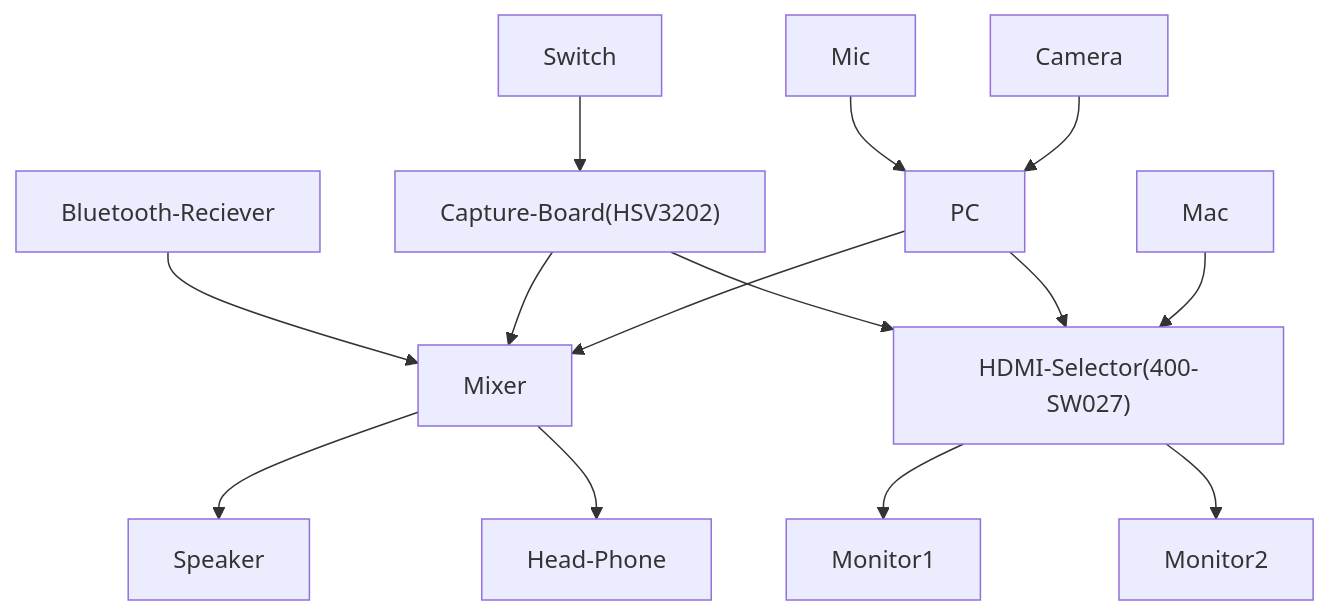
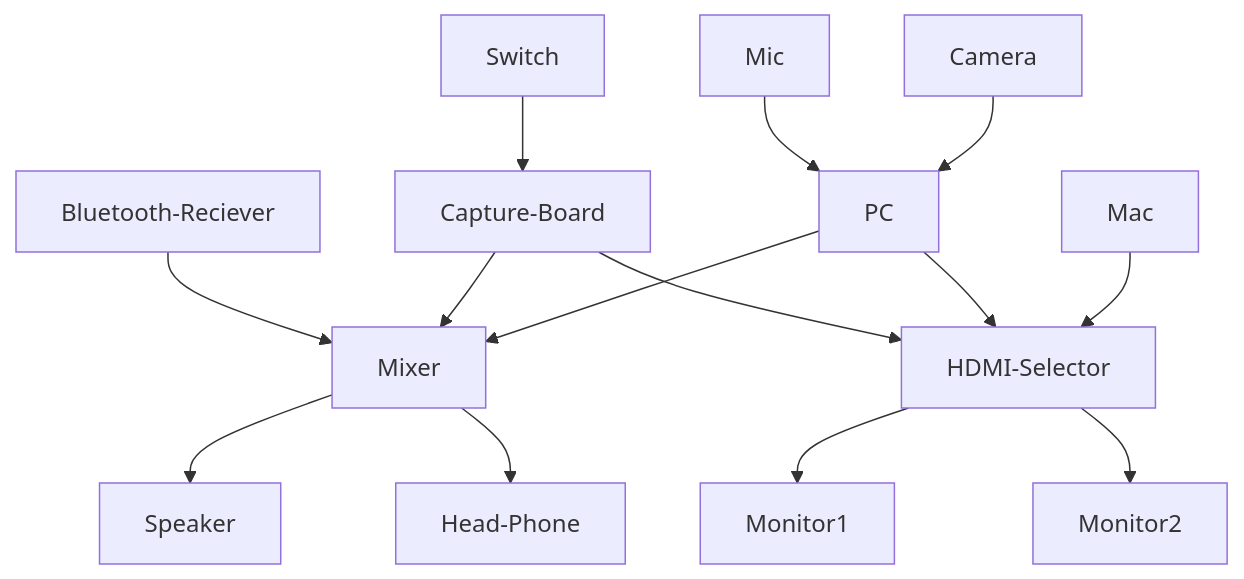
One commit to kr1223/pc changed the diagram in README.md. Above: the diagram before and after it, drawn with Mermaid.

````diff
--- a/README.md
+++ b/README.md
@@ -1,19 +1,23 @@
 ```mermaid
 graph TD;
-    CB["Capture-Board(HSV3202)"]
-    HS["HDMI-Selector(400-SW027)"]
+    CB[Capture-Board]
+    click CB "https://www.amazon.co.jp/gp/product/B08P2NQCX8/ref=ppx_yo_dt_b_search_asin_title?ie=UTF8&psc=1"
+    HS[HDMI-Selector]
+    click HS "https://www.amazon.co.jp/gp/product/B075L69WRR/ref=ppx_yo_dt_b_search_asin_title?ie=UTF8&psc=1"
     BR[Bluetooth-Reciever]
+    click BR "https://www.amazon.co.jp/gp/product/B01KTENVK2/ref=ppx_yo_dt_b_search_asin_title?ie=UTF8&psc=1"
+    click Mixer "https://www.amazon.co.jp/gp/product/B07DRCLCNL/ref=ppx_yo_dt_b_search_asin_title?ie=UTF8&psc=1"
     BR-->Mixer
     Switch-->CB
     CB-->Mixer
     CB-->HS
     Mic-->PC
     Camera-->PC
     PC-->Mixer
     PC-->HS
     Mac-->HS
     Mixer-->Speaker
     Mixer-->Head-Phone
     HS-->Monitor1
     HS-->Monitor2
 ```
````
